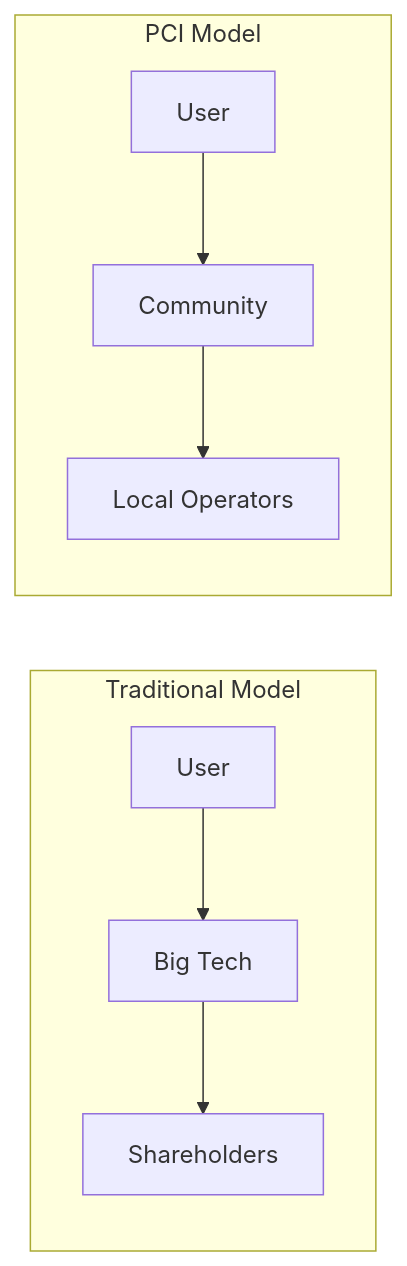
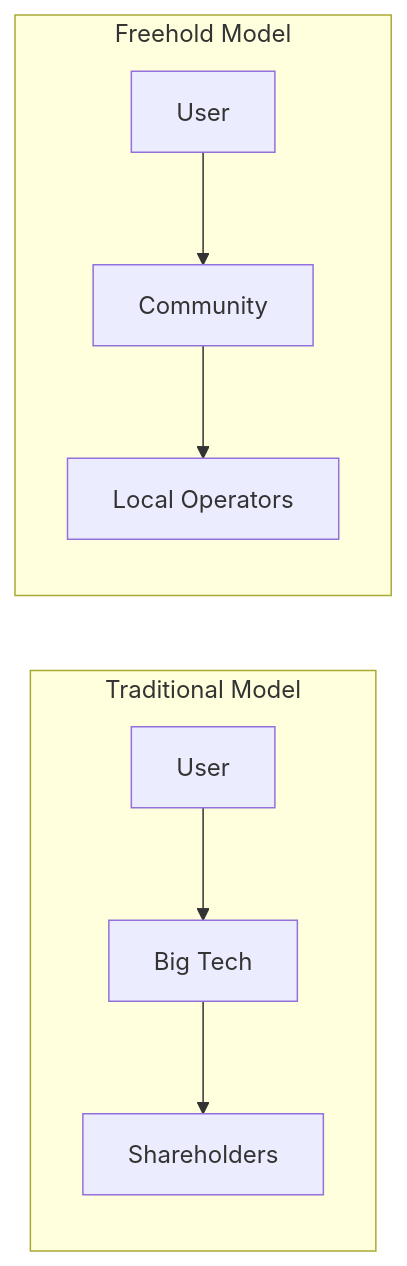
Before and after one commit to freehold-earth/freehold: the diagram in docs/architecture/technical-manifesto.md, drawn with Mermaid. The commit also changed other lines of this file and 22 other files, not shown here.

First line of the commit message:
Rename the project from PCI to Freehold in documents and READMEs

````diff
--- a/docs/architecture/technical-manifesto.md
+++ b/docs/architecture/technical-manifesto.md
@@ -158,10 +158,10 @@
 ```mermaid
 flowchart LR
     subgraph Traditional["Traditional Model"]
         U1[User] --> BT[Big Tech] --> SH[Shareholders]
     end
 
-    subgraph PCIModel["PCI Model"]
+    subgraph FreeholdModel["Freehold Model"]
         U2[User] --> C[Community] --> LO[Local Operators]
     end
 ```
````
